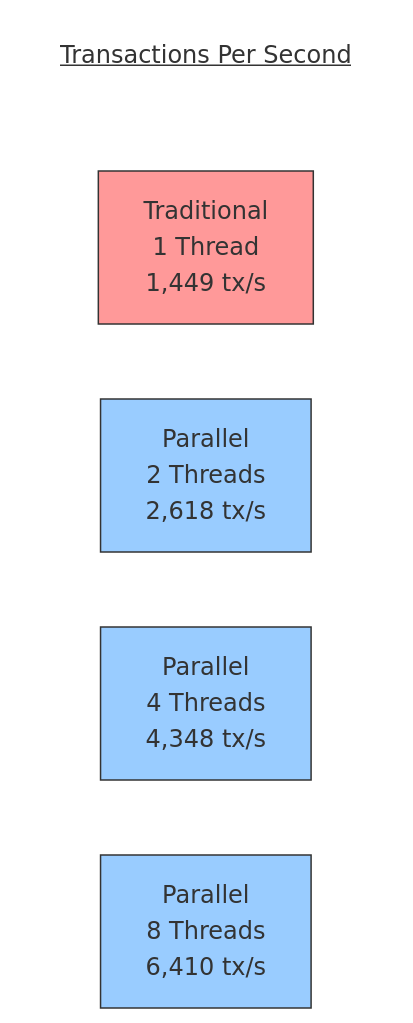
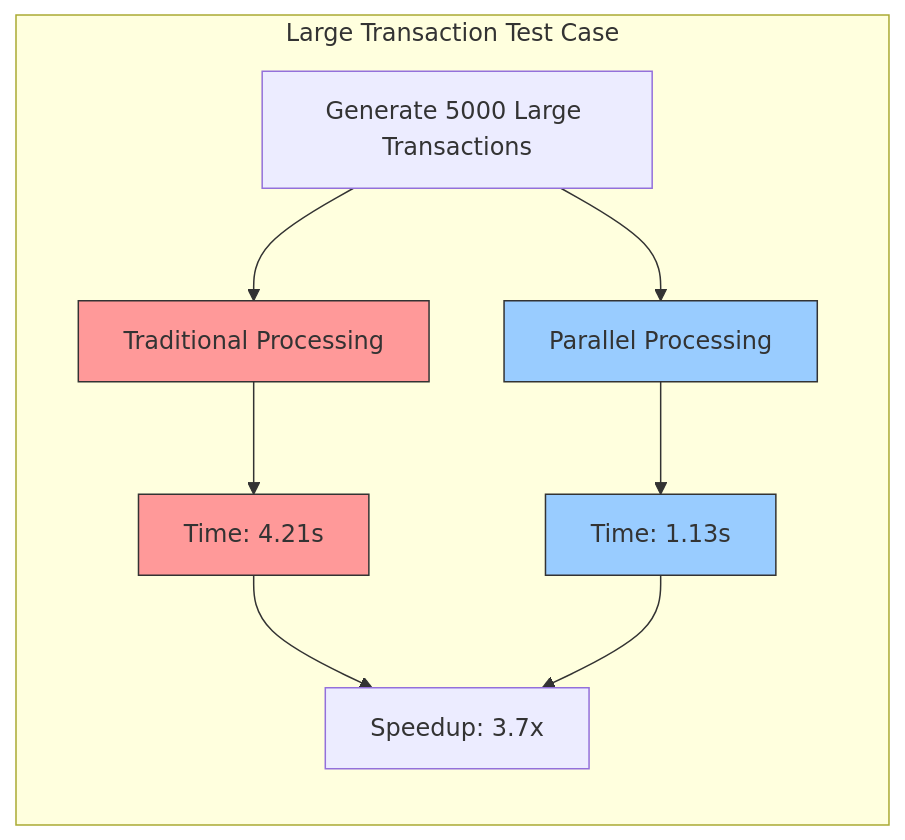
Before and after one commit to Final-Project-13520137/avalanche-parallel: the seventh of 10 diagrams in README.md, drawn with Mermaid. The commit also changed other lines of this file, not shown here.

Commit message:
fix diagram for test case transaction into readme

````diff
--- a/README.md
+++ b/README.md
@@ -543,16 +603,19 @@
 ```mermaid
-graph LR
-    title[<u>Transactions Per Second</u>]
-    style title fill:none,stroke:none
-    
-    T1[Traditional<br>1 Thread<br>1,449 tx/s]
-    P2[Parallel<br>2 Threads<br>2,618 tx/s]
-    P4[Parallel<br>4 Threads<br>4,348 tx/s]
-    P8[Parallel<br>8 Threads<br>6,410 tx/s]
+flowchart LR
+    subgraph LargeTX[Large Transaction Test Case]
+        direction TB
+        LTX_Gen[Generate 5000 Large Transactions] --> LTX_T[Traditional Processing]
+        LTX_Gen --> LTX_P[Parallel Processing]
+        
+        LTX_T --> LTX_TR[Time: 4.21s]
+        LTX_P --> LTX_PR[Time: 1.13s]
+        
+        LTX_TR & LTX_PR --> LTX_Comp[Speedup: 3.7x]
+    end
     
     classDef traditional fill:#FF9999,stroke:#333,stroke-width:1px
     classDef parallel fill:#99CCFF,stroke:#333,stroke-width:1px
     
-    class T1 traditional
-    class P2,P4,P8 parallel
+    class LTX_T,LTX_TR traditional
+    class LTX_P,LTX_PR parallel
 ```
````
